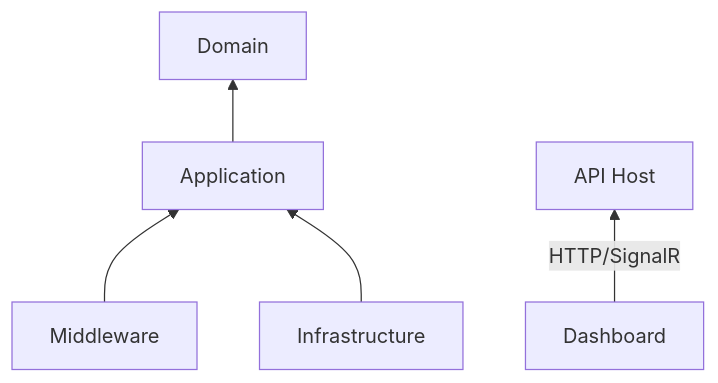
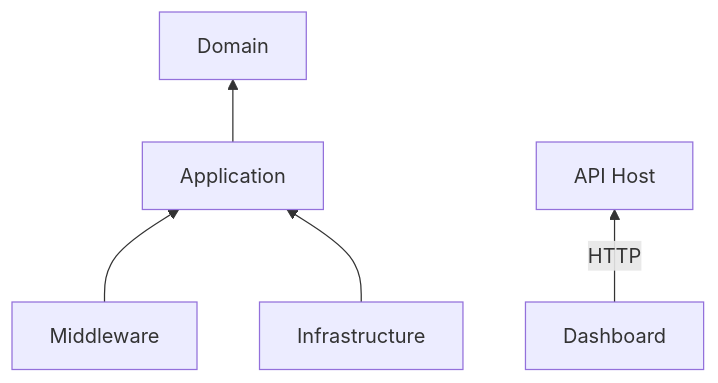
One commit to VitorM34/ThrottleWatch changed the second of 4 diagrams in DEVELOPMENT_GUIDE.md. Above: the diagram before and after it, drawn with Mermaid. The commit also changed other lines of this file and 22 other files, not shown here.

First line of the commit message:
feat(api): add REST Minimal APIs and remove SignalR from stack

````diff
--- a/DEVELOPMENT_GUIDE.md
+++ b/DEVELOPMENT_GUIDE.md
@@ -386,13 +380,13 @@
 ```mermaid
 flowchart BT
     DASH[Dashboard]
     MW[Middleware]
     INF[Infrastructure]
     APP[Application]
     DOM[Domain]
 
-    DASH -->|HTTP/SignalR| API[API Host]
+    DASH -->|HTTP| API[API Host]
     MW --> APP
     INF --> APP
     APP --> DOM
 ```
````
